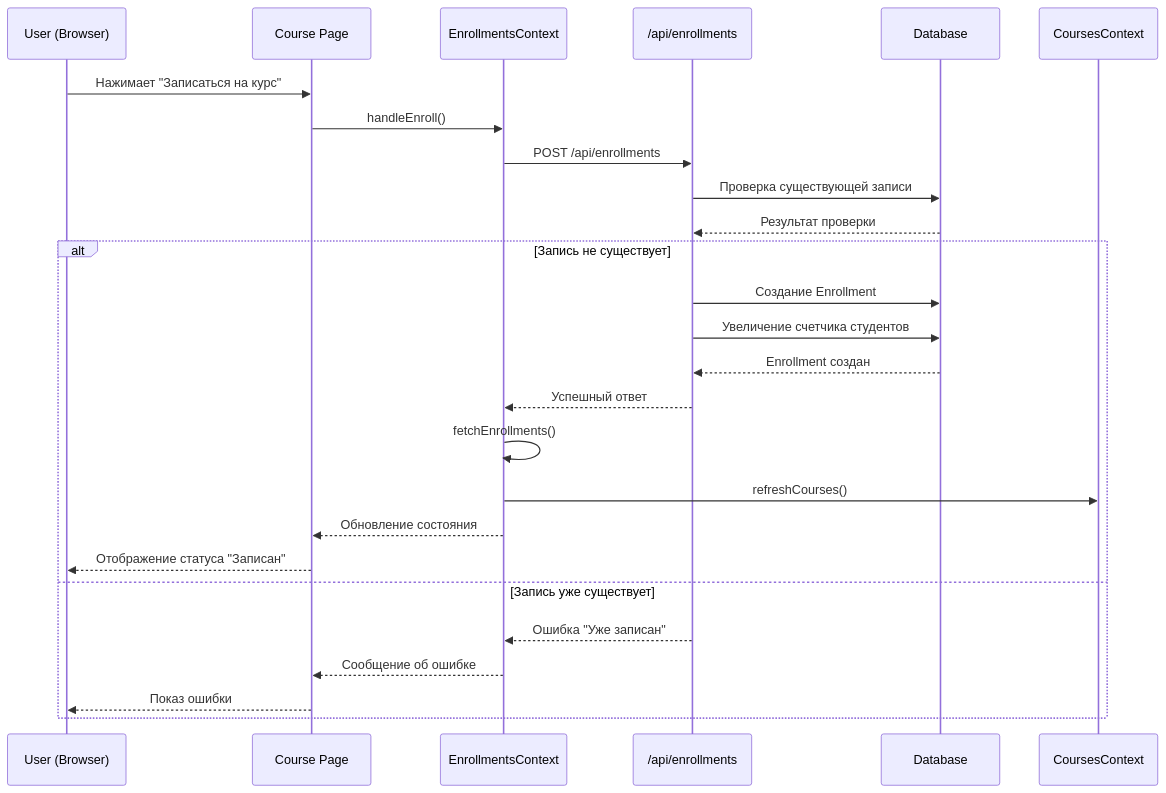
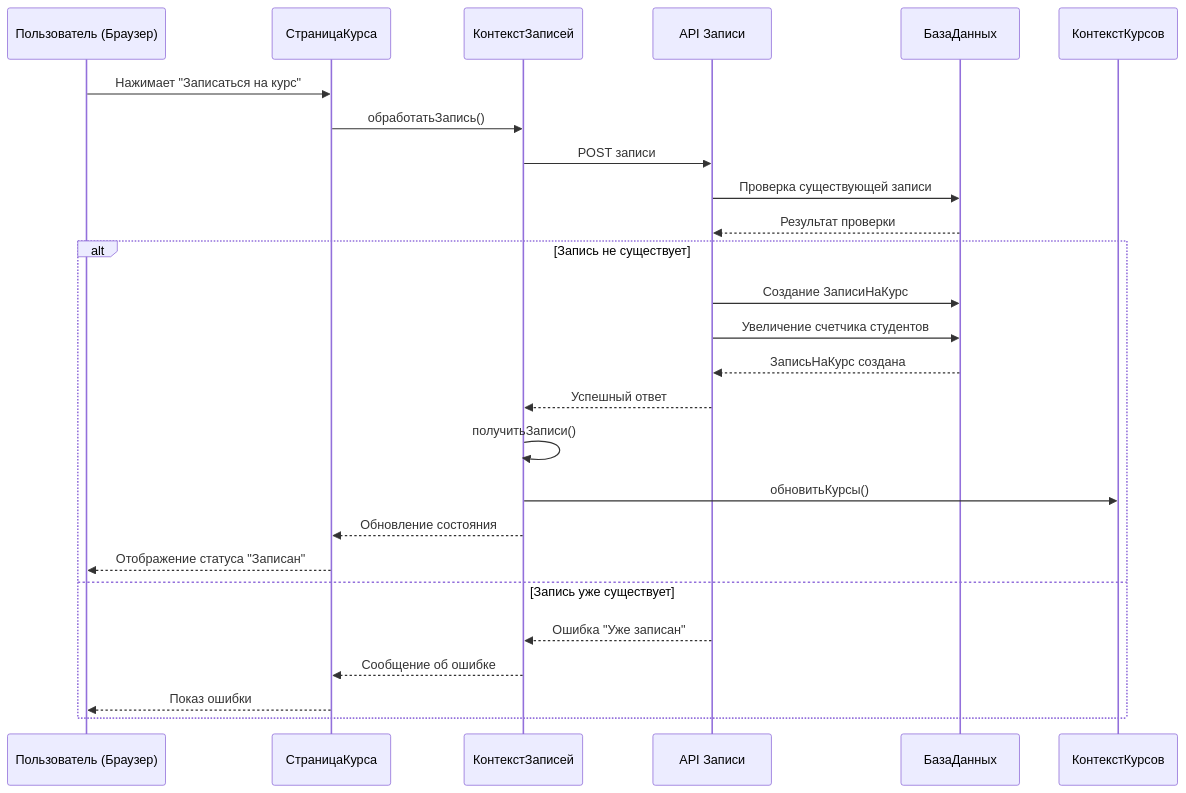
One commit to KyaamiRei/frontend changed the fourth of 8 diagrams in docs/uml-diagrams.md. Above: the diagram before and after it, drawn with Mermaid. The commit also changed other lines of this file, not shown here.

Commit message:
Translate UML diagrams and class models to Russian: Update terminology in UML diagrams and class definitions to enhance accessibility for Russian-speaking users. Ensure consistency across user, course, lesson, and related models.

````diff
--- a/docs/uml-diagrams.md
+++ b/docs/uml-diagrams.md
@@ -319,29 +319,29 @@
 ```mermaid
 sequenceDiagram
-    participant U as User (Browser)
-    participant P as Course Page
-    participant EC as EnrollmentsContext
-    participant API as /api/enrollments
-    participant DB as Database
-    participant CC as CoursesContext
+    participant П as Пользователь (Браузер)
+    participant СК as СтраницаКурса
+    participant КЗ as КонтекстЗаписей
+    participant API as API Записи
+    participant БД as БазаДанных
+    participant КК as КонтекстКурсов
     
-    U->>P: Нажимает "Записаться на курс"
-    P->>EC: handleEnroll()
-    EC->>API: POST /api/enrollments
-    API->>DB: Проверка существующей записи
-    DB-->>API: Результат проверки
+    П->>СК: Нажимает "Записаться на курс"
+    СК->>КЗ: обработатьЗапись()
+    КЗ->>API: POST записи
+    API->>БД: Проверка существующей записи
+    БД-->>API: Результат проверки
     alt Запись не существует
-        API->>DB: Создание Enrollment
-        API->>DB: Увеличение счетчика студентов
-        DB-->>API: Enrollment создан
-        API-->>EC: Успешный ответ
-        EC->>EC: fetchEnrollments()
-        EC->>CC: refreshCourses()
-        EC-->>P: Обновление состояния
-        P-->>U: Отображение статуса "Записан"
+        API->>БД: Создание ЗаписиНаКурс
+        API->>БД: Увеличение счетчика студентов
+        БД-->>API: ЗаписьНаКурс создана
+        API-->>КЗ: Успешный ответ
+        КЗ->>КЗ: получитьЗаписи()
+        КЗ->>КК: обновитьКурсы()
+        КЗ-->>СК: Обновление состояния
+        СК-->>П: Отображение статуса "Записан"
     else Запись уже существует
-        API-->>EC: Ошибка "Уже записан"
-        EC-->>P: Сообщение об ошибке
-        P-->>U: Показ ошибки
+        API-->>КЗ: Ошибка "Уже записан"
+        КЗ-->>СК: Сообщение об ошибке
+        СК-->>П: Показ ошибки
     end
 ```
````
